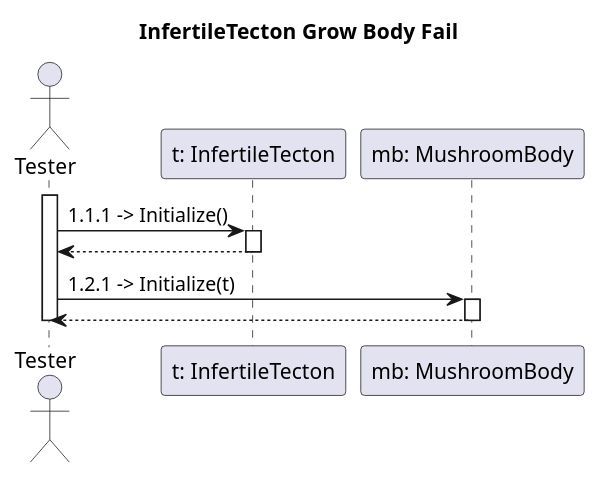
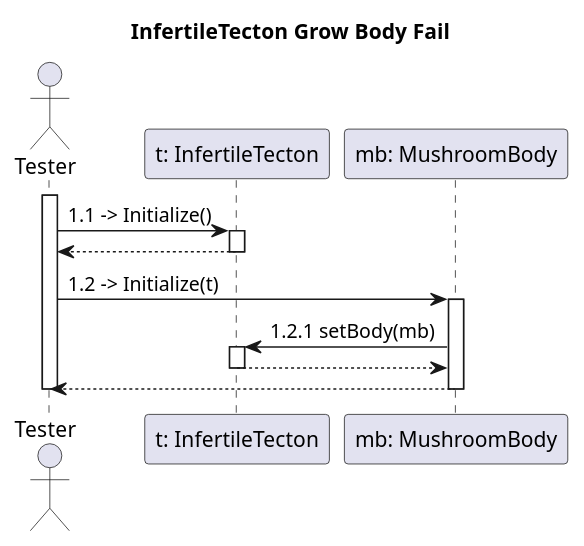
Before and after one commit to dzsem/projlab: the diagram in diagrams/communication/tecton5.puml, drawn with PlantUML.

Commit message:
added setBody to tecton5.puml

```diff
--- a/diagrams/communication/tecton5.puml
+++ b/diagrams/communication/tecton5.puml
@@ -4,24 +4,30 @@
 @startuml communicationTecton5
 
 title InfertileTecton Grow Body Fail
 
 actor "Tester" as ts
 participant "t: InfertileTecton" as t
 participant "mb: MushroomBody" as mb
 
 activate ts
 
 ' inicializálás
-ts -> t: 1.1.1 -> Initialize()
+ts -> t: 1.1 -> Initialize()
 activate t
 ts <-- t
 deactivate t
 
-ts -> mb: 1.2.1 -> Initialize(t)
+ts -> mb: 1.2 -> Initialize(t)
 activate mb
+
+mb -> t: 1.2.1 setBody(mb)
+activate t
+mb <-- t
+deactivate t 
+
 ts <-- mb
 deactivate mb
 
 deactivate ts
 
 @enduml
```
